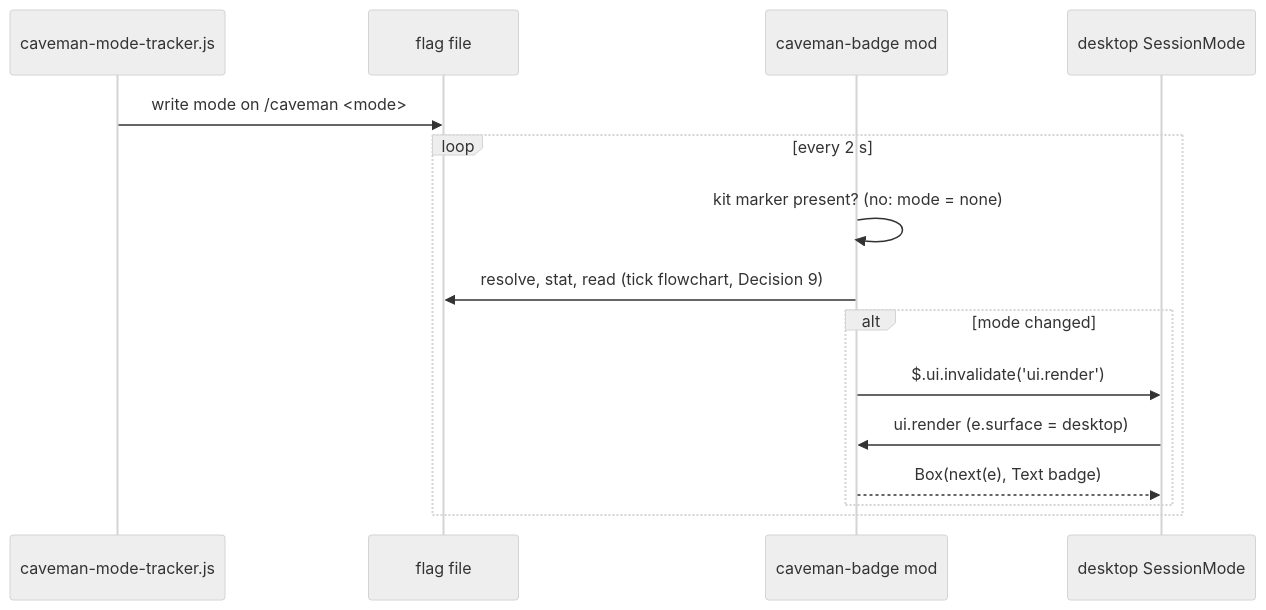
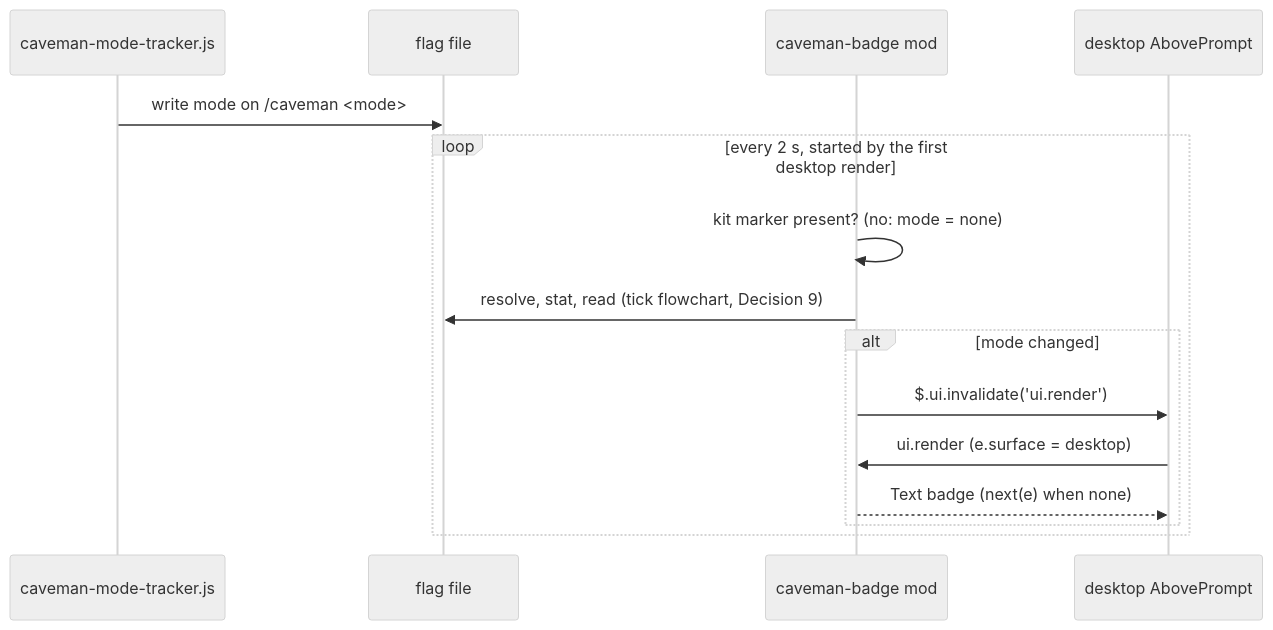
One commit to nj4x/caveman-kit changed the third of 3 diagrams in docs/adr/0022-desktop-badge-mod.md. Above: the diagram before and after it, drawn with Mermaid (neutral theme). The commit also changed other lines of this file and 11 other files, not shown here.

````diff
--- a/docs/adr/0022-desktop-badge-mod.md
+++ b/docs/adr/0022-desktop-badge-mod.md
@@ -96,17 +106,17 @@
 ```mermaid
 sequenceDiagram
     participant Hook as caveman-mode-tracker.js
     participant Flag as flag file
     participant Mod as caveman-badge mod
-    participant UI as desktop SessionMode
+    participant UI as desktop AbovePrompt
     Hook->>Flag: write mode on /caveman <mode>
-    loop every 2 s
+    loop every 2 s, started by the first desktop render
         Mod->>Mod: kit marker present? (no: mode = none)
         Mod->>Flag: resolve, stat, read (tick flowchart, Decision 9)
         alt mode changed
             Mod->>UI: $.ui.invalidate('ui.render')
             UI->>Mod: ui.render (e.surface = desktop)
-            Mod-->>UI: Box(next(e), Text badge)
+            Mod-->>UI: Text badge (next(e) when none)
         end
     end
 ```
````
